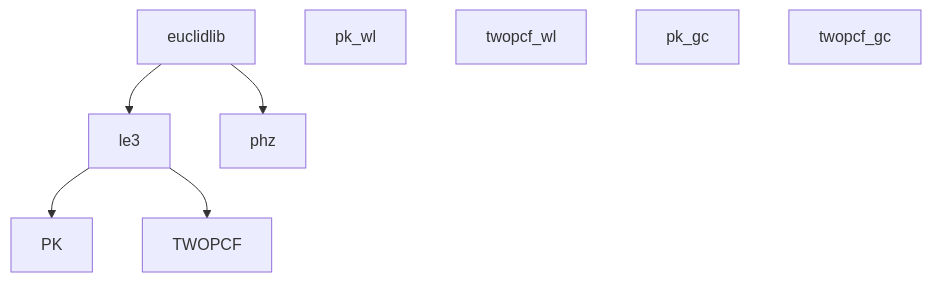
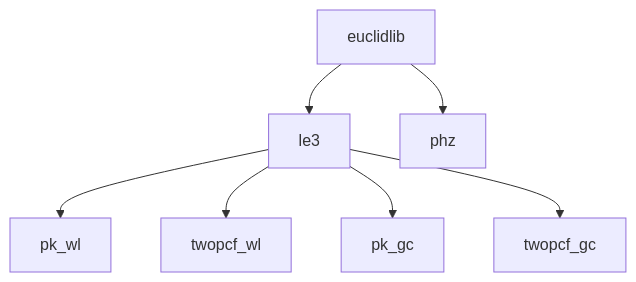
One commit to euclidlib/euclidlib changed the diagram in README.md. Above: the diagram before and after it, drawn with Mermaid. The commit also changed 1 other file, not shown here.

Commit message:
gh-119: docs deployment on main (#118)

````diff
--- a/README.md
+++ b/README.md
@@ -44,18 +44,20 @@
 ```mermaid
 graph TD
     EUCLIDLIB[euclidlib]
 
     LE3[le3]
     PK_WL[pk_wl]
     TWOPCF_WL[twopcf_wl]
     PK_GC[pk_gc]
     TWOPCF_GC[twopcf_gc]
 
     PHZ[phz]
 
     EUCLIDLIB --> LE3
     EUCLIDLIB --> PHZ
 
-    LE3 --> PK
-    LE3 --> TWOPCF
+    LE3 --> PK_WL
+    LE3 --> TWOPCF_WL
+    LE3 --> PK_GC
+    LE3 --> TWOPCF_GC
 ```
````
